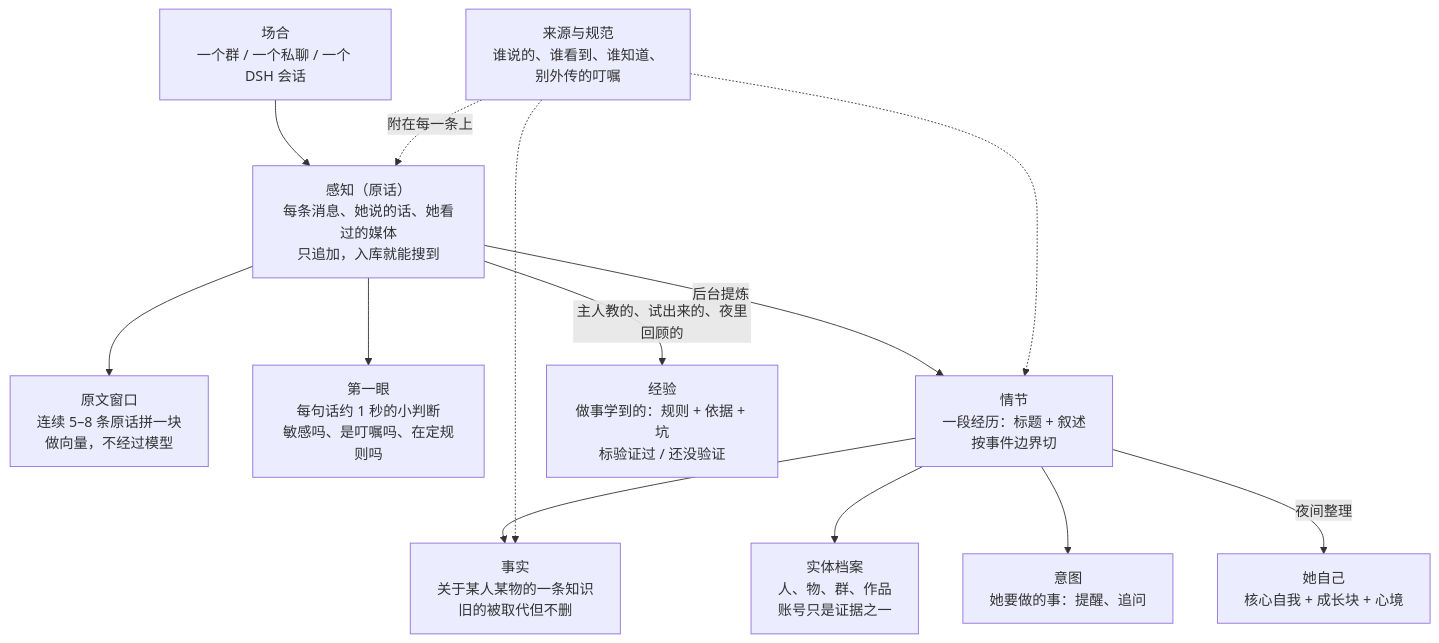
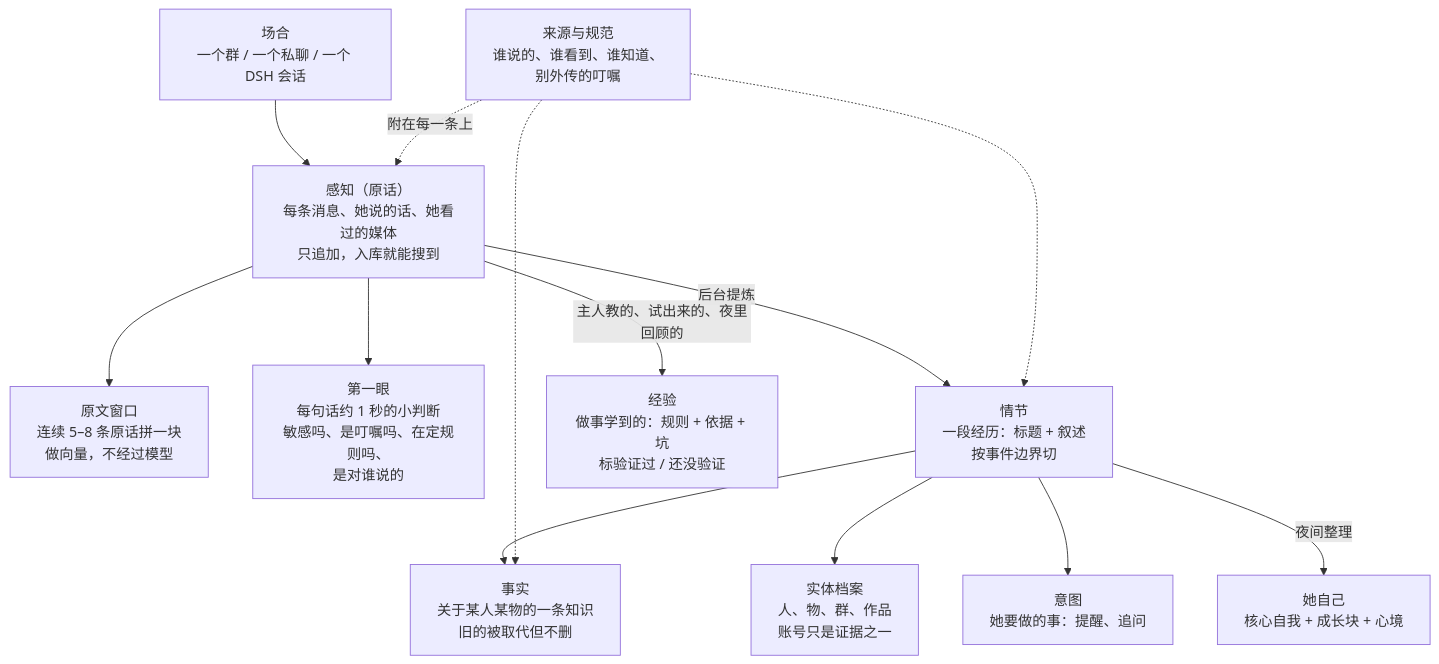
Before and after one commit to QiuYeDx/dsh-rugu: the second of 10 diagrams in docs/图解.md, drawn with Mermaid. The commit also changed other lines of this file and 16 other files, not shown here.

````diff
--- a/docs/图解.md
+++ b/docs/图解.md
@@ -86,26 +86,26 @@
 ```mermaid
 flowchart TB
   SET["场合<br/>一个群 / 一个私聊 / 一个 DSH 会话"]
   P["感知（原话）<br/>每条消息、她说的话、她看过的媒体<br/>只追加，入库就能搜到"]
   RW["原文窗口<br/>连续 5–8 条原话拼一块<br/>做向量，不经过模型"]
-  G["第一眼<br/>每句话约 1 秒的小判断<br/>敏感吗、是叮嘱吗、在定规则吗"]
+  G["第一眼<br/>每句话约 1 秒的小判断<br/>敏感吗、是叮嘱吗、在定规则吗、<br/>是对谁说的"]
   EP["情节<br/>一段经历：标题 + 叙述<br/>按事件边界切"]
   AS["事实<br/>关于某人某物的一条知识<br/>旧的被取代但不删"]
   EN["实体档案<br/>人、物、群、作品<br/>账号只是证据之一"]
   IN["意图<br/>她要做的事：提醒、追问"]
   SELF["她自己<br/>核心自我 + 成长块 + 心境"]
   LES["经验<br/>做事学到的：规则 + 依据 + 坑<br/>标验证过 / 还没验证"]
   NORM["来源与规范<br/>谁说的、谁看到、谁知道、<br/>别外传的叮嘱"]
   SET --> P
   P --> RW
   P --> G
   P -->|后台提炼| EP
   EP --> AS
   EP --> EN
   EP --> IN
   EP -->|夜间整理| SELF
   P -->|主人教的、试出来的、夜里回顾的| LES
   NORM -. 附在每一条上 .-> P
   NORM -.-> AS
   NORM -.-> EP
 ```
````
